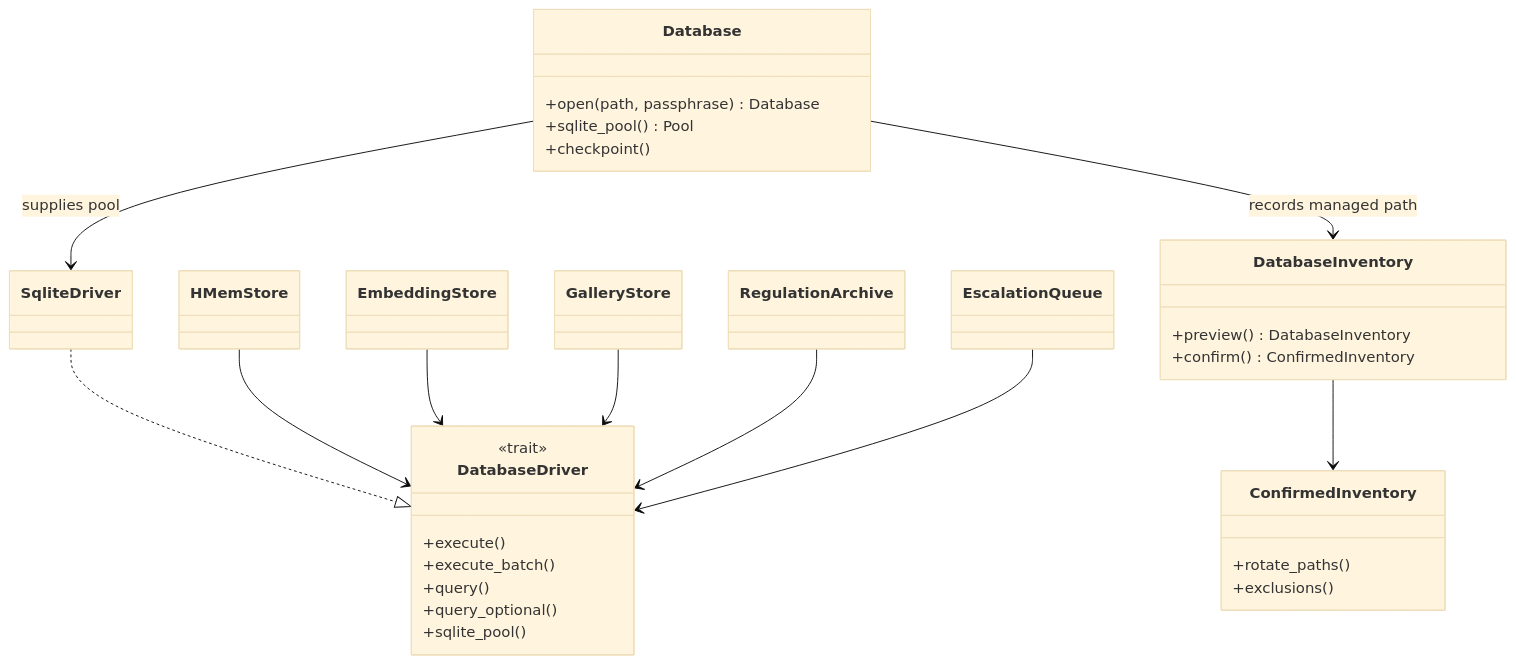
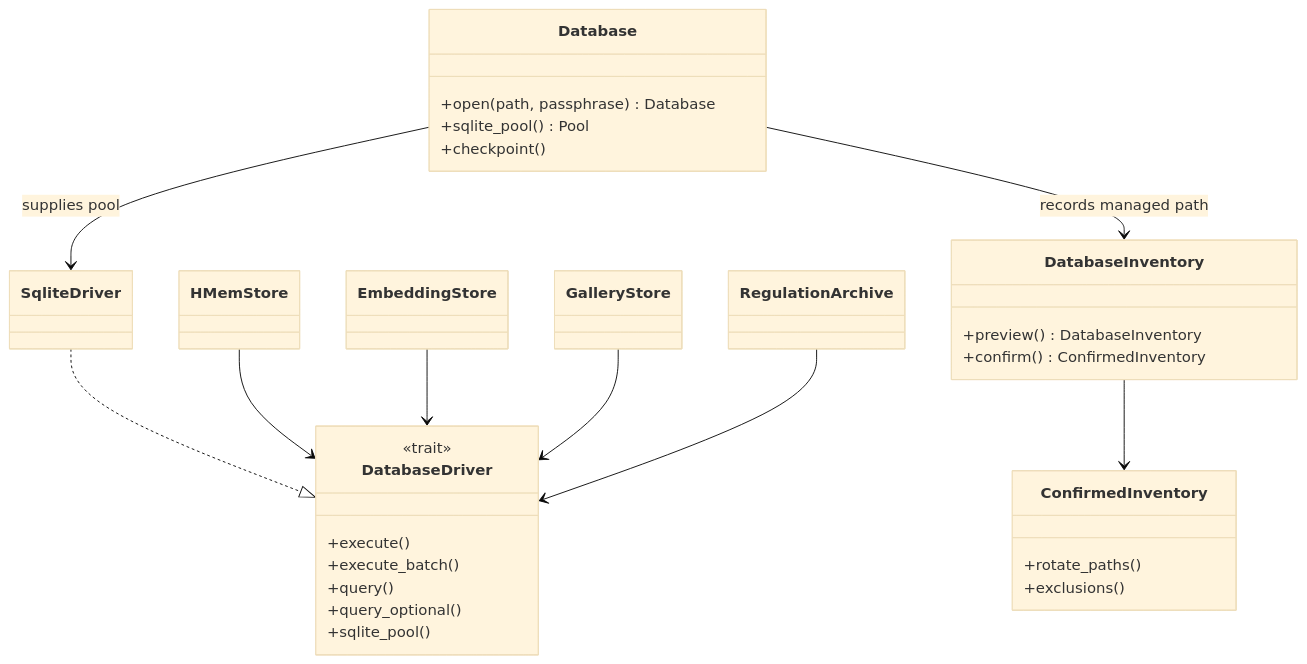
Before and after one commit to mdz-axo/zed-kask: the first of 3 diagrams in kask/docs/diataxis/hkask-storage/reference.md, drawn with Mermaid (base theme). The commit also changed other lines of this file and 13 other files, not shown here.

First line of the commit message:
Replace escalation queue with board review cards

````diff
--- a/kask/docs/diataxis/hkask-storage/reference.md
+++ b/kask/docs/diataxis/hkask-storage/reference.md
@@ -50,39 +50,39 @@
 ```mermaid
 classDiagram
     class Database {
         +open(path, passphrase) Database
         +sqlite_pool() Pool
         +checkpoint()
     }
     class DatabaseDriver {
         <<trait>>
         +execute()
         +execute_batch()
         +query()
         +query_optional()
         +sqlite_pool()
     }
     class SqliteDriver
     class DatabaseInventory {
         +preview() DatabaseInventory
         +confirm() ConfirmedInventory
     }
     class ConfirmedInventory {
         +rotate_paths()
         +exclusions()
     }
     class HMemStore
     class EmbeddingStore
     class GalleryStore
     class RegulationArchive
-    class EscalationQueue
+
     SqliteDriver ..|> DatabaseDriver
     Database --> SqliteDriver : supplies pool
     Database --> DatabaseInventory : records managed path
     DatabaseInventory --> ConfirmedInventory
     HMemStore --> DatabaseDriver
     EmbeddingStore --> DatabaseDriver
     GalleryStore --> DatabaseDriver
     RegulationArchive --> DatabaseDriver
-    EscalationQueue --> DatabaseDriver
+
 ```
````
